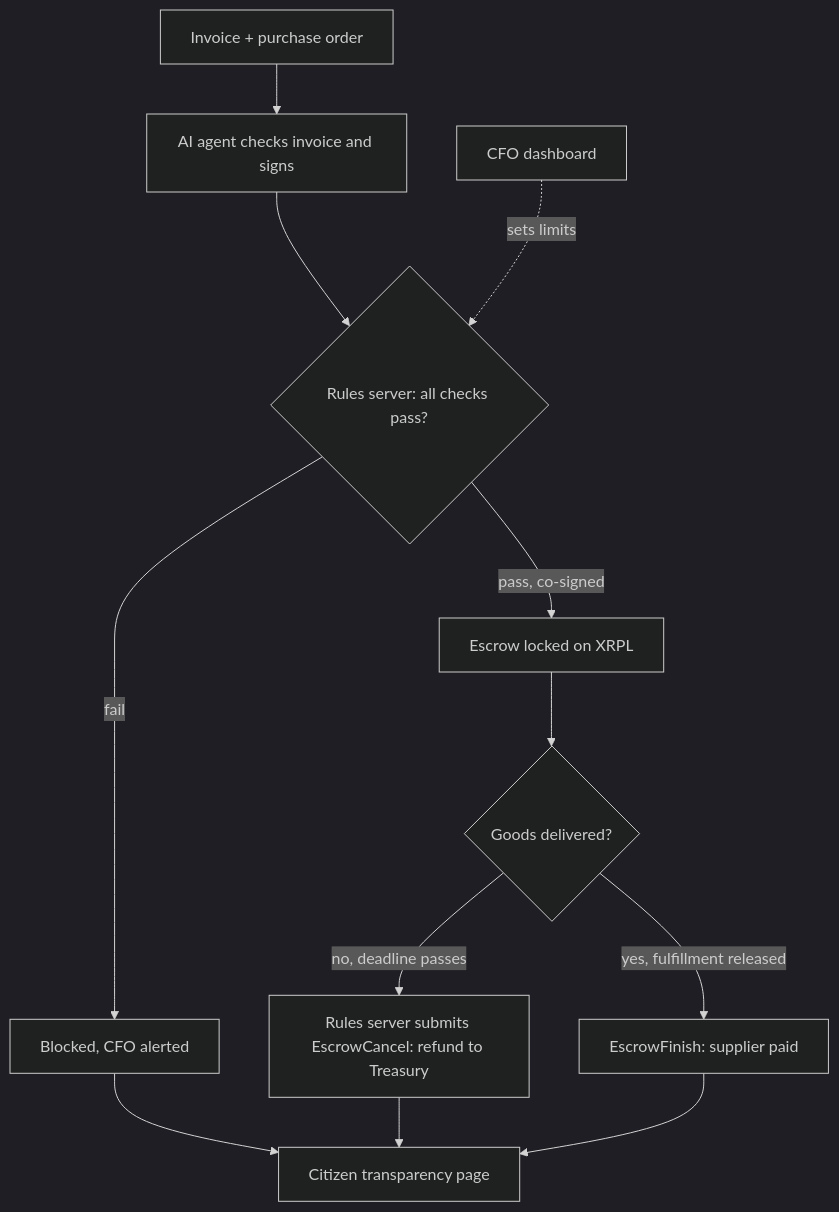
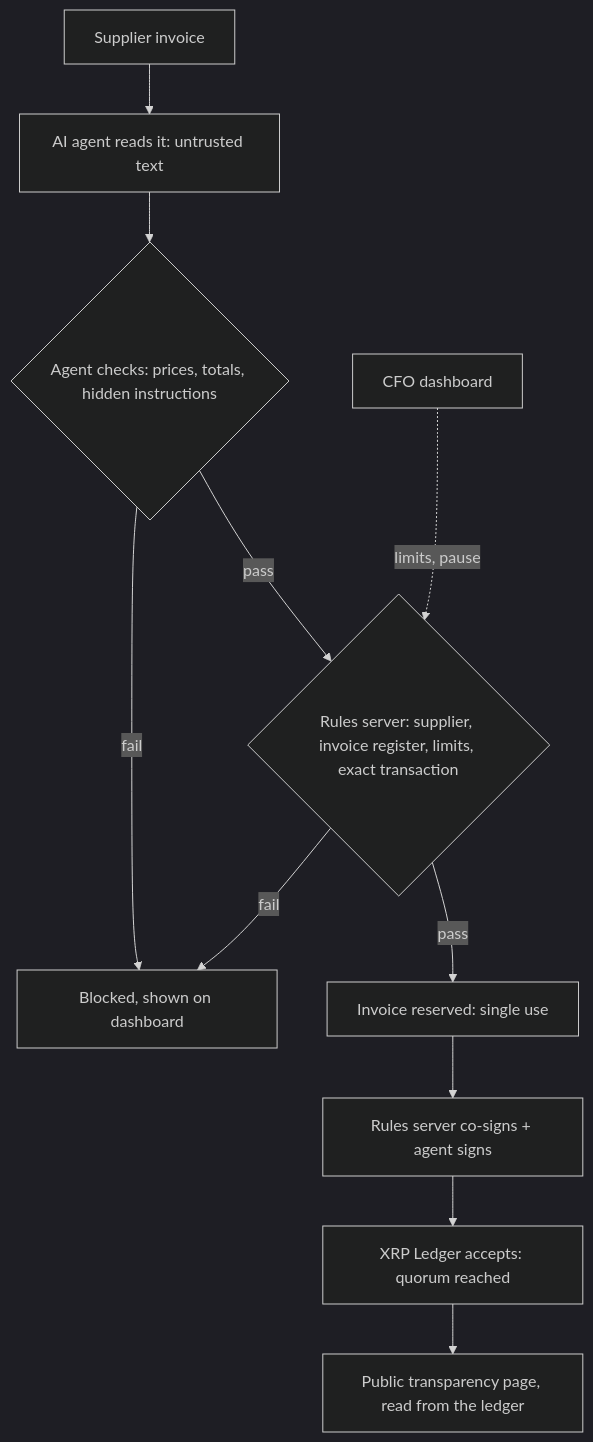
Before and after one commit to mdvar2/imali-yethu: the diagram in README.md, drawn with Mermaid (dark theme). The commit also changed other lines of this file and 34 other files, not shown here.

First line of the commit message:
feat: multisig co-signing, invoice register, CFO policy and new dashboard

````diff
--- a/README.md
+++ b/README.md
@@ -49,14 +35,13 @@
 ```mermaid
 flowchart TD
-    A[Invoice + purchase order] --> B[AI agent checks invoice and signs]
-    B --> C{Rules server: all checks pass?}
-    C -- fail --> X[Blocked, CFO alerted]
-    C -- pass, co-signed --> D[Escrow locked on XRPL]
-    D --> E{Goods delivered?}
-    E -- "no, deadline passes" --> R[Rules server submits EscrowCancel: refund to Treasury]
-    E -- "yes, fulfillment released" --> P[EscrowFinish: supplier paid]
-    CFO[CFO dashboard] -. sets limits .-> C
-    P --> T[Citizen transparency page]
-    X --> T
-    R --> T
+    A[Supplier invoice] --> B[AI agent reads it: untrusted text]
+    B --> C{Agent checks: prices, totals, hidden instructions}
+    C -- fail --> X[Blocked, shown on dashboard]
+    C -- pass --> D{Rules server: supplier, invoice register, limits, exact transaction}
+    D -- fail --> X
+    D -- pass --> E[Invoice reserved: single use]
+    E --> F[Rules server co-signs + agent signs]
+    F --> G[XRP Ledger accepts: quorum reached]
+    G --> T[Public transparency page, read from the ledger]
+    CFO[CFO dashboard] -. limits, pause .-> D
 ```
````
